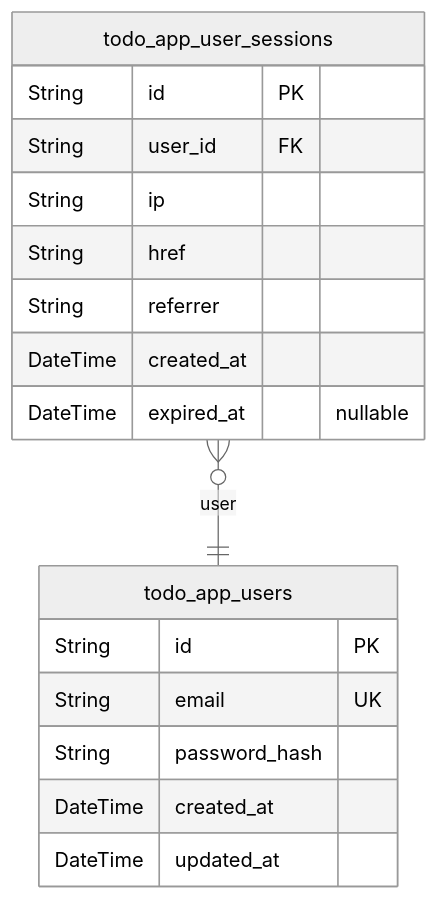
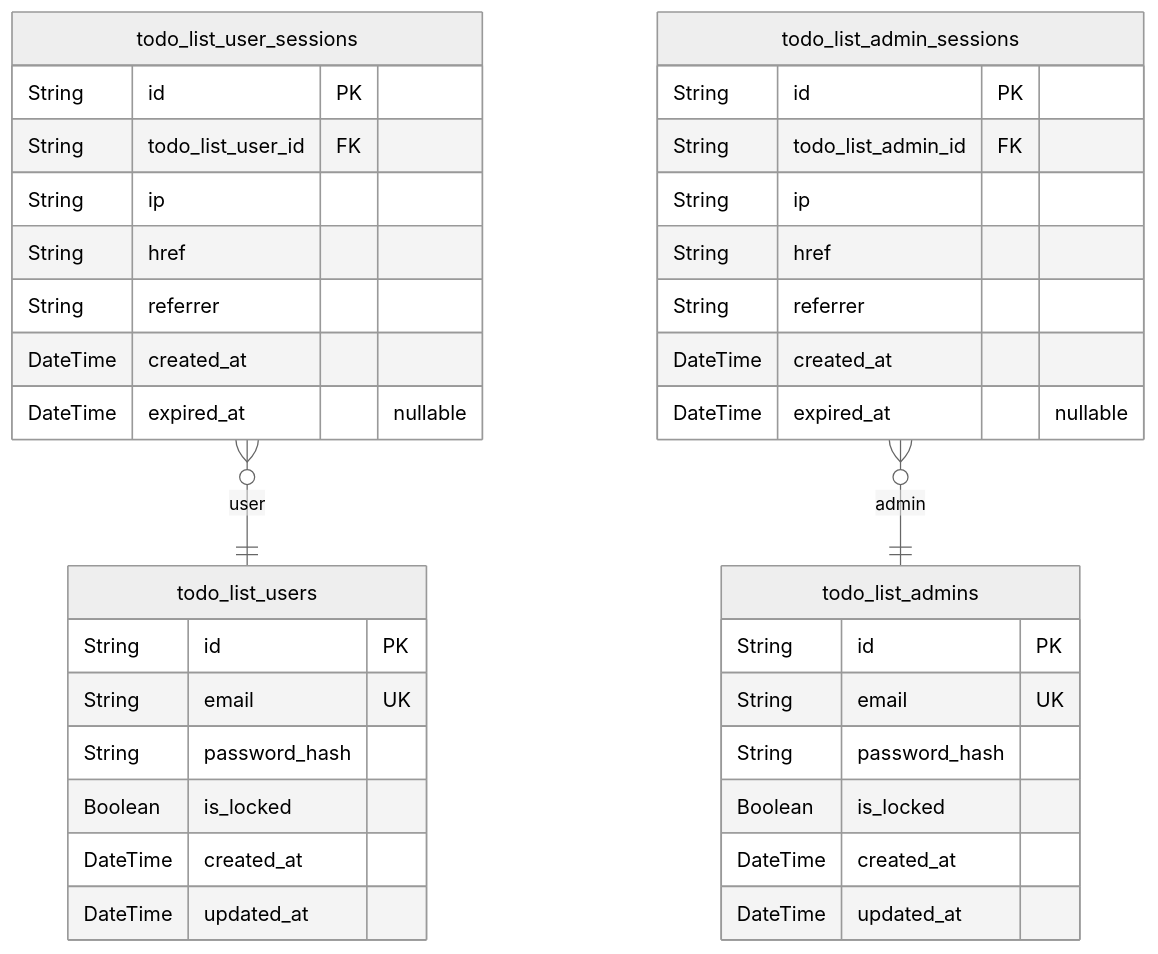
One commit to wrtnlabs/autobe-examples changed the second of 3 diagrams in moonshotai/kimi-k2-0905-exacto/todo/docs/ERD.md. Above: the diagram before and after it, drawn with Mermaid (neutral theme). The commit also changed other lines of this file and 3372 other files, not shown here.

````diff
--- a/moonshotai/kimi-k2-0905-exacto/todo/docs/ERD.md
+++ b/moonshotai/kimi-k2-0905-exacto/todo/docs/ERD.md
@@ -63,20 +62,39 @@
 ```mermaid
 erDiagram
-"todo_app_users" {
+"todo_list_users" {
   String id PK
   String email UK
   String password_hash
+  Boolean is_locked
   DateTime created_at
   DateTime updated_at
 }
-"todo_app_user_sessions" {
+"todo_list_user_sessions" {
   String id PK
-  String user_id FK
+  String todo_list_user_id FK
   String ip
   String href
   String referrer
   DateTime created_at
   DateTime expired_at "nullable"
 }
-"todo_app_user_sessions" }o--|| "todo_app_users" : user
+"todo_list_admins" {
+  String id PK
+  String email UK
+  String password_hash
+  Boolean is_locked
+  DateTime created_at
+  DateTime updated_at
+}
+"todo_list_admin_sessions" {
+  String id PK
+  String todo_list_admin_id FK
+  String ip
+  String href
+  String referrer
+  DateTime created_at
+  DateTime expired_at "nullable"
+}
+"todo_list_user_sessions" }o--|| "todo_list_users" : user
+"todo_list_admin_sessions" }o--|| "todo_list_admins" : admin
 ```
````
